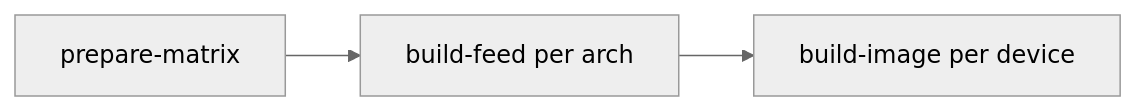
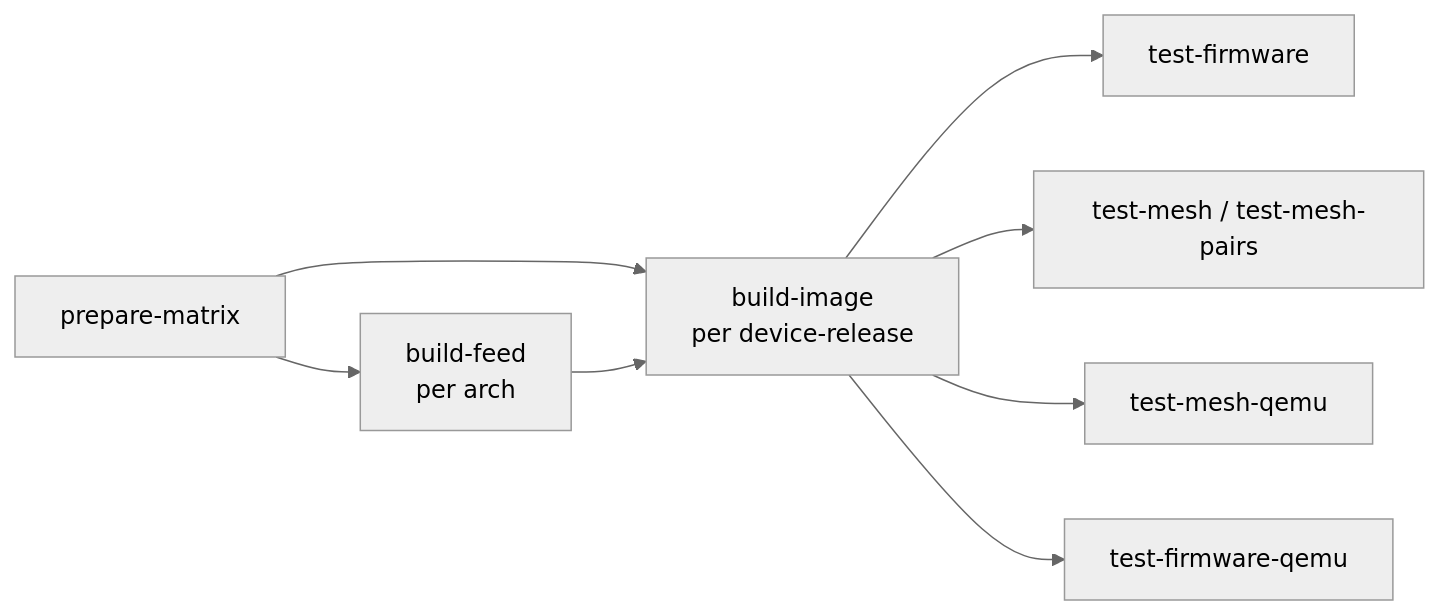
Before and after one commit to ccasanueva7/fcefyn_testbed_utils: the diagram in docs/diseno/lime-packages-ci-flow.md, drawn with Mermaid (neutral theme). The commit also changed other lines of this file and 5 other files, not shown here.

````diff
--- a/docs/diseno/lime-packages-ci-flow.md
+++ b/docs/diseno/lime-packages-ci-flow.md
@@ -16,8 +20,10 @@
 ```mermaid
 flowchart LR
-  PM[prepare-matrix]
-  BF[build-feed per arch]
-  BI[build-image per device]
-  PM --> BF
+  PM[prepare-matrix] --> BF[build-feed<br/>per arch]
+  PM --> BI[build-image<br/>per device-release]
   BF --> BI
+  BI --> TF[test-firmware]
+  BI --> TM[test-mesh / test-mesh-pairs]
+  BI --> TQ[test-mesh-qemu]
+  BI --> TS[test-firmware-qemu]
 ```
````
